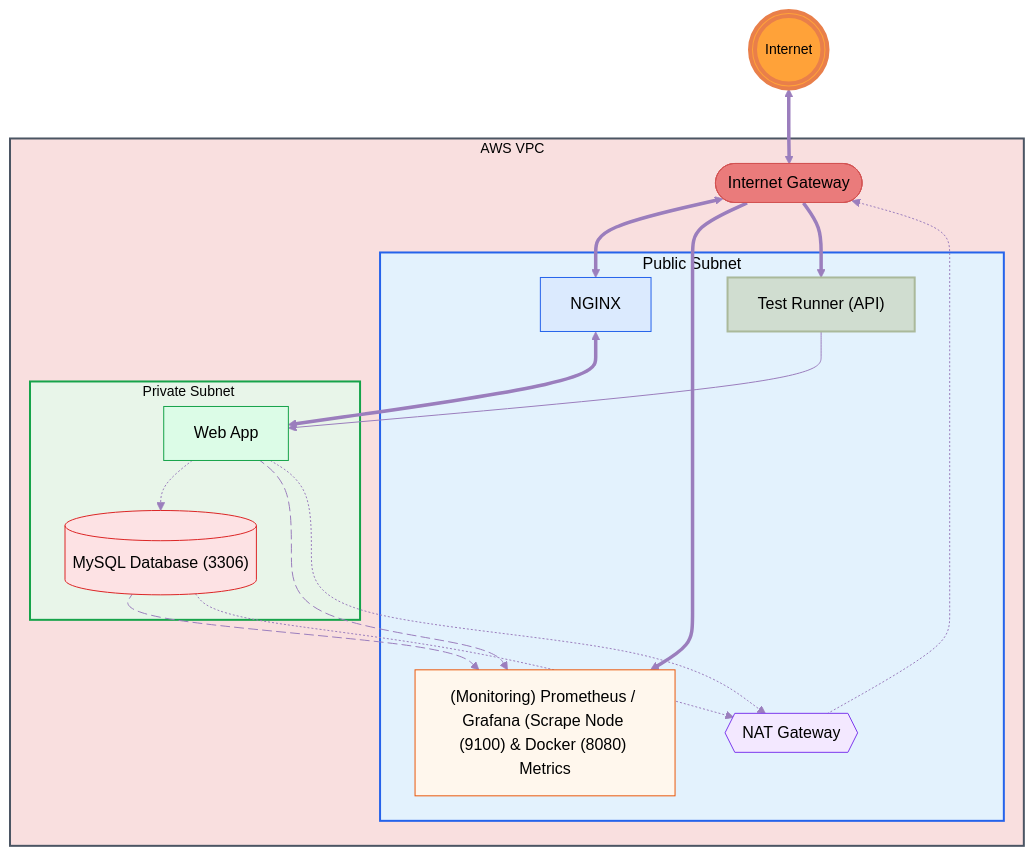
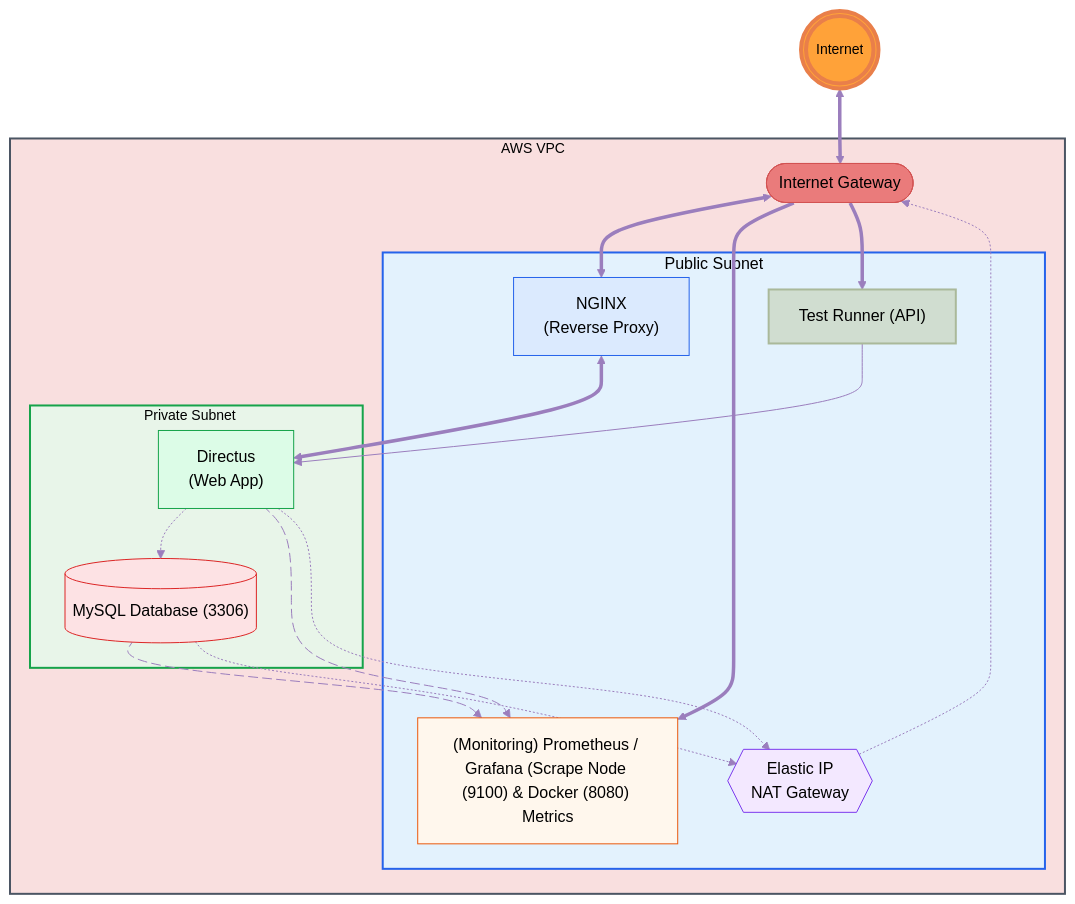
Before and after one commit to Jazzar101/learning-terraform-3087701: the diagram in README.md, drawn with Mermaid (neutral theme).

Commit message:
Edited tags

````diff
--- a/README.md
+++ b/README.md
@@ -6,63 +6,63 @@
 ```mermaid
 flowchart TB
     Internet(((Internet)))
     subgraph VPC[AWS VPC]
         IGW([Internet Gateway])
         subgraph PublicSubnet[Public Subnet]
-            NAT{{NAT Gateway}}
-            NGINX[NGINX]
+            NAT{{"Elastic IP\nNAT Gateway"}}
+            NGINX["NGINX\n(Reverse Proxy)"]
             Monitoring["(Monitoring) Prometheus / Grafana (Scrape Node (9100) & Docker (8080) Metrics"]
             Testing["Test Runner (API)"]
         end
 
         subgraph PrivateSubnet[Private Subnet]
-            App[Web App]
+            App["Directus\n(Web App)"]
             DB[("MySQL Database (3306)")]
         end
     end
 
     Internet <==> IGW
     IGW <==> NGINX
     NGINX <==> App
     App -.-> DB
     IGW ==> Monitoring
     IGW ==> Testing
 
     App metricsApp@--> Monitoring
     DB metricsDB@--> Monitoring
     Testing --> App
     
     App -.-> NAT
     DB -.-> NAT
     NAT -.-> IGW
     
     metricsApp@{ animation: slow }    
     metricsDB@{ animation: slow }
 
     %% Node-only styling (GitHub safe)
     classDef ingress fill:#dbeafe,stroke:#2563eb,color:#000000
     classDef monitoring fill:#fff7ed,stroke:#ea580c,color:#000000
     classDef nat fill:#f3e8ff,stroke:#7c3aed,color:#000000
     classDef app fill:#dcfce7,stroke:#16a34a,color:#000000
     classDef db fill:#fde2e4,stroke:#dc2626,color:#000000
     classDef igw fill:#EA7B7B,stroke:#D25353,color:#000000
     classDef PublicSubnet fill:#e3f2fd,stroke:#2563eb
     classDef PrivateSubnet fill:#e8f5e9,stroke:#16a34a    
     classDef VPC fill:#F9DFDF,stroke:#4b5563,stroke-width:2px,color:#000000
     classDef testing fill:#D0DDD0,stroke:#AAB99A, stroke-width:2px,color:#000000
 
     style VPC fill:#F9DFDF,stroke:#4b5563,stroke-width:2px,color:#000000,font-size:14px
     style PublicSubnet fill:#e3f2fd,stroke:#2563eb,stroke-width:2px,color:#000000,font-size:14x
     style PrivateSubnet fill:#e8f5e9,stroke:#16a34a,stroke-width:2px,color:#000000,font-size:14px
     style Internet fill:#FFA239,stroke:#E97F4A,stroke-width:4px,color:#000000,font-size:14px
 
     linkStyle default stroke:#9B7EBD
 
     class NGINX ingress
     class Monitoring monitoring
     class NAT nat
     class App app
     class DB db
     class IGW igw
     class Testing testing
 ```
````
